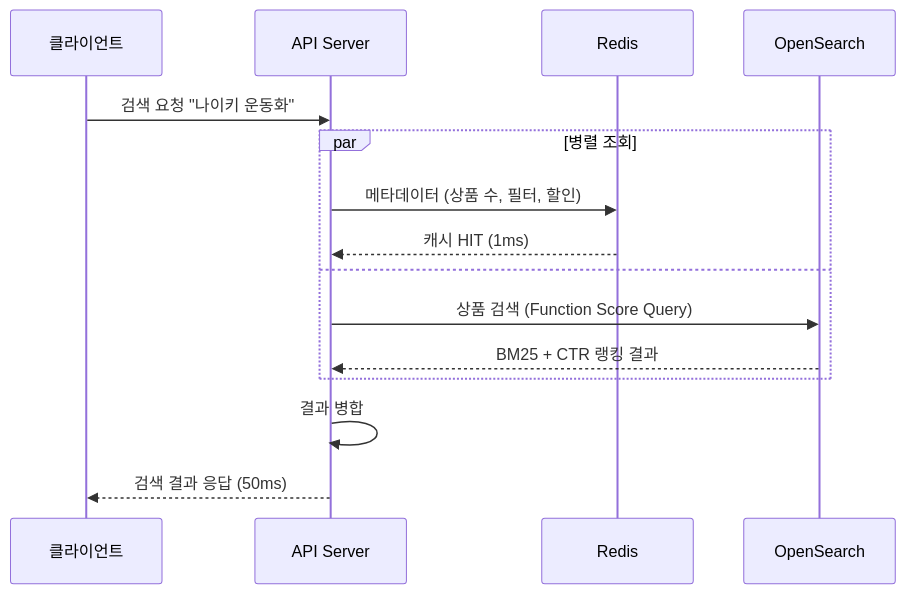
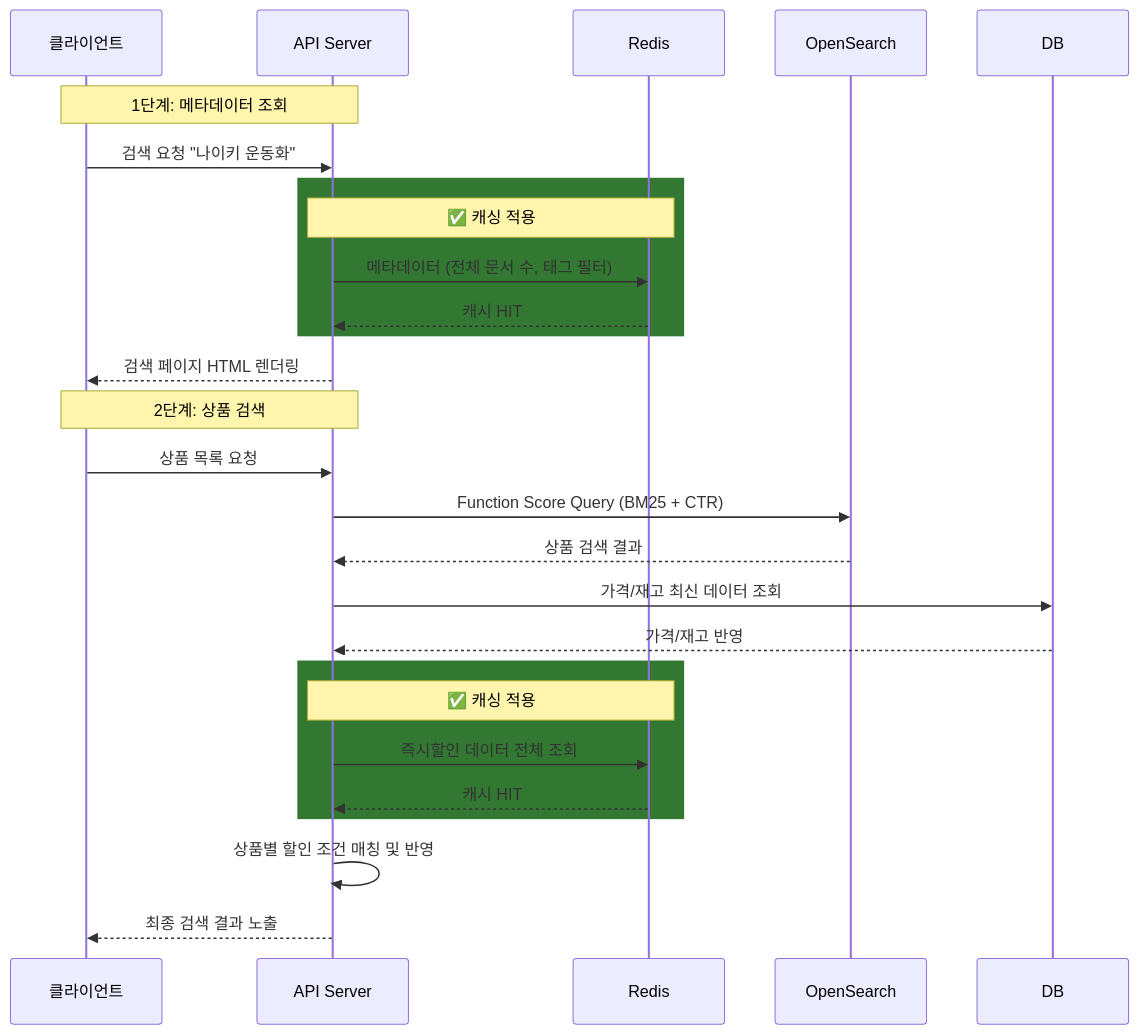
One commit to banggeunho/banggeunho changed the diagram in portfolio/projects/opensearch-search-engine/index.md. Above: the diagram before and after it, drawn with Mermaid. The commit also changed other lines of this file, not shown here.

````diff
--- a/portfolio/projects/opensearch-search-engine/index.md
+++ b/portfolio/projects/opensearch-search-engine/index.md
@@ -366,18 +460,31 @@
 ```mermaid
 sequenceDiagram
     participant C as 클라이언트
     participant A as API Server
     participant R as Redis
     participant O as OpenSearch
+    participant D as DB
 
+    Note over C,A: 1단계: 메타데이터 조회
     C->>A: 검색 요청 "나이키 운동화"
-    par 병렬 조회
-        A->>R: 메타데이터 (상품 수, 필터, 할인)
-        R-->>A: 캐시 HIT (1ms)
-    and
-        A->>O: 상품 검색 (Function Score Query)
-        O-->>A: BM25 + CTR 랭킹 결과
+    rect rgb(50, 120, 50)
+        Note over A,R: ✅ 캐싱 적용
+        A->>R: 메타데이터 (전체 문서 수, 태그 필터)
+        R-->>A: 캐시 HIT
     end
-    A->>A: 결과 병합
-    A-->>C: 검색 결과 응답 (50ms)
+    A-->>C: 검색 페이지 HTML 렌더링
+
+    Note over C,A: 2단계: 상품 검색
+    C->>A: 상품 목록 요청
+    A->>O: Function Score Query (BM25 + CTR)
+    O-->>A: 상품 검색 결과
+    A->>D: 가격/재고 최신 데이터 조회
+    D-->>A: 가격/재고 반영
+    rect rgb(50, 120, 50)
+        Note over A,R: ✅ 캐싱 적용
+        A->>R: 즉시할인 데이터 전체 조회
+        R-->>A: 캐시 HIT
+    end
+    A->>A: 상품별 할인 조건 매칭 및 반영
+    A-->>C: 최종 검색 결과 노출
 ```
````
